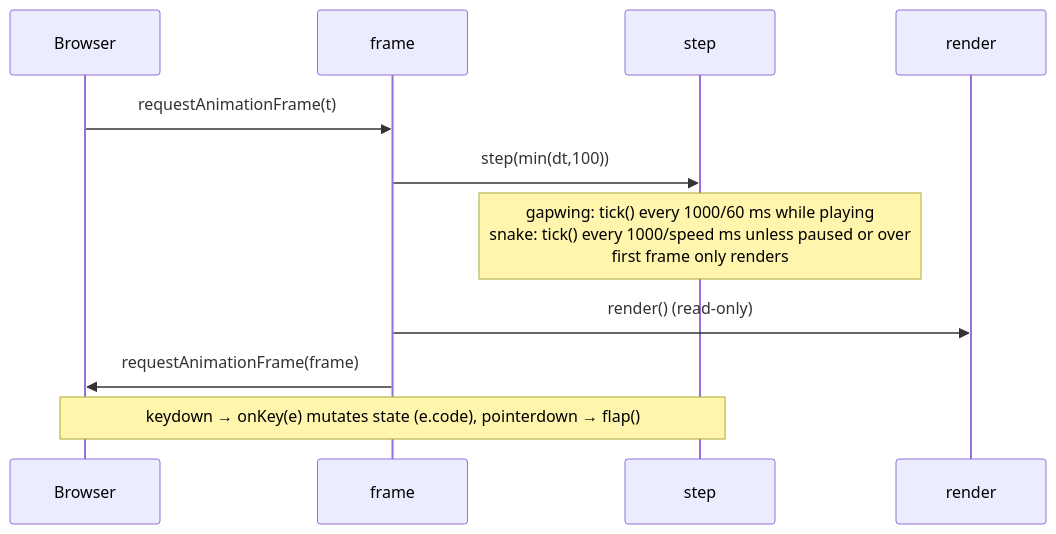
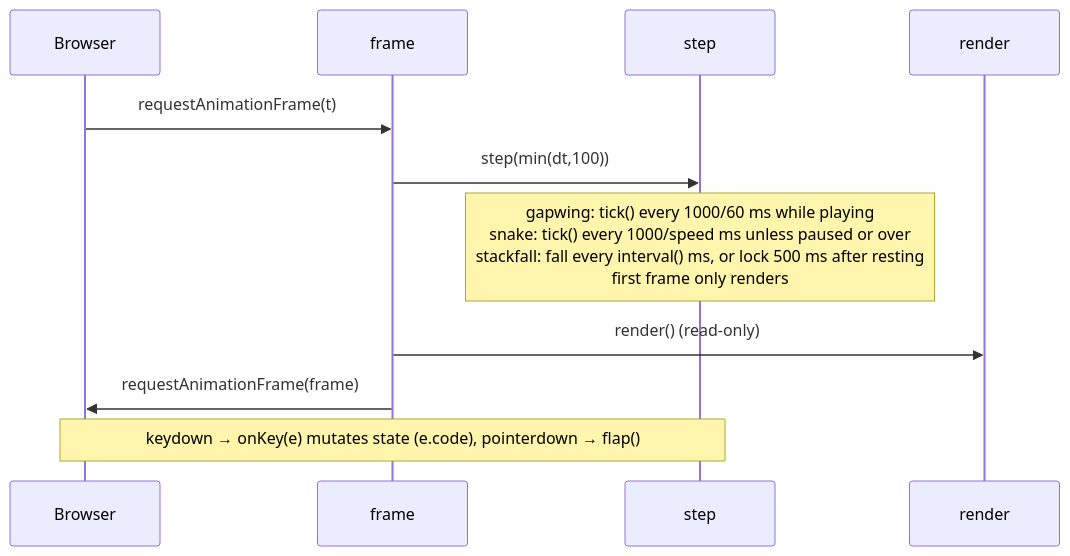
One commit to KPharcos/retro-games changed the second of 3 diagrams in docs/CODEBASE_MAP.md. Above: the diagram before and after it, drawn with Mermaid. The commit also changed other lines of this file and 5 other files, not shown here.

````diff
--- a/docs/CODEBASE_MAP.md
+++ b/docs/CODEBASE_MAP.md
@@ -182,13 +209,13 @@
 ```mermaid
 sequenceDiagram
     participant Browser
     participant frame
     participant step
     participant render
     Browser->>frame: requestAnimationFrame(t)
     frame->>step: step(min(dt,100))
-    Note over step: gapwing: tick() every 1000/60 ms while playing<br/>snake: tick() every 1000/speed ms unless paused or over<br/>first frame only renders
+    Note over step: gapwing: tick() every 1000/60 ms while playing<br/>snake: tick() every 1000/speed ms unless paused or over<br/>stackfall: fall every interval() ms, or lock 500 ms after resting<br/>first frame only renders
     frame->>render: render() (read-only)
     frame->>Browser: requestAnimationFrame(frame)
     Note over Browser,step: keydown → onKey(e) mutates state (e.code), pointerdown → flap()
 ```
````
